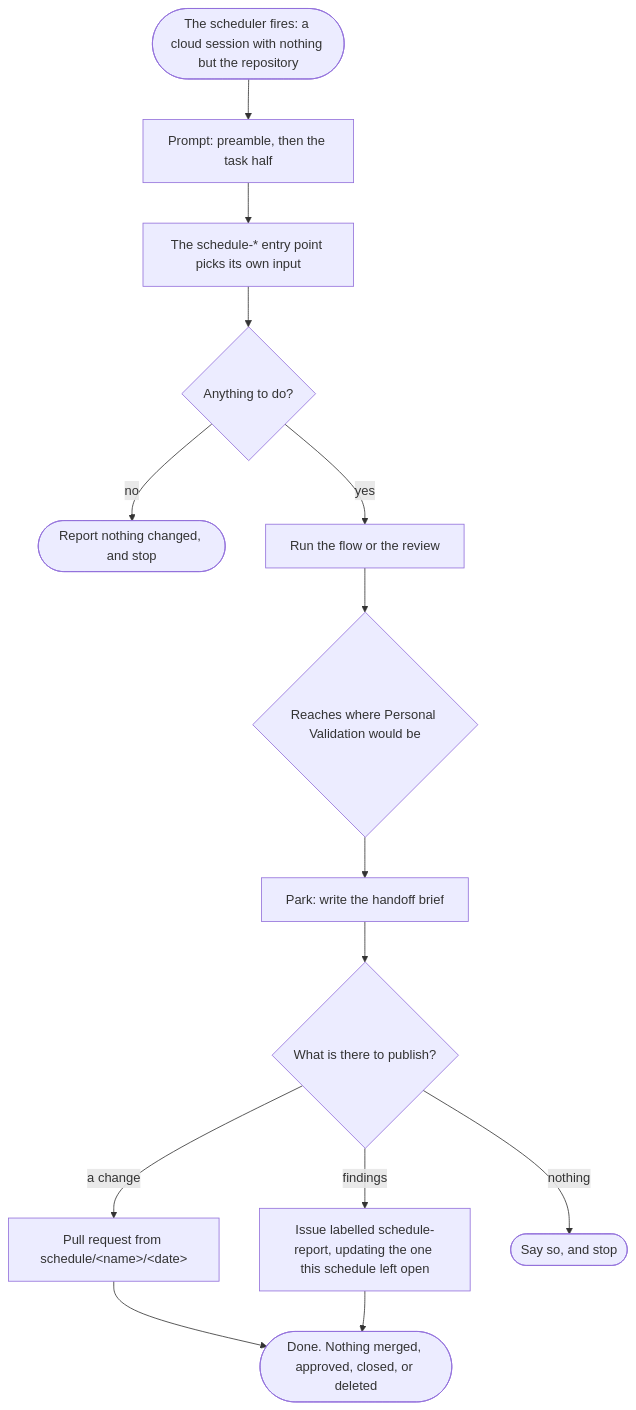
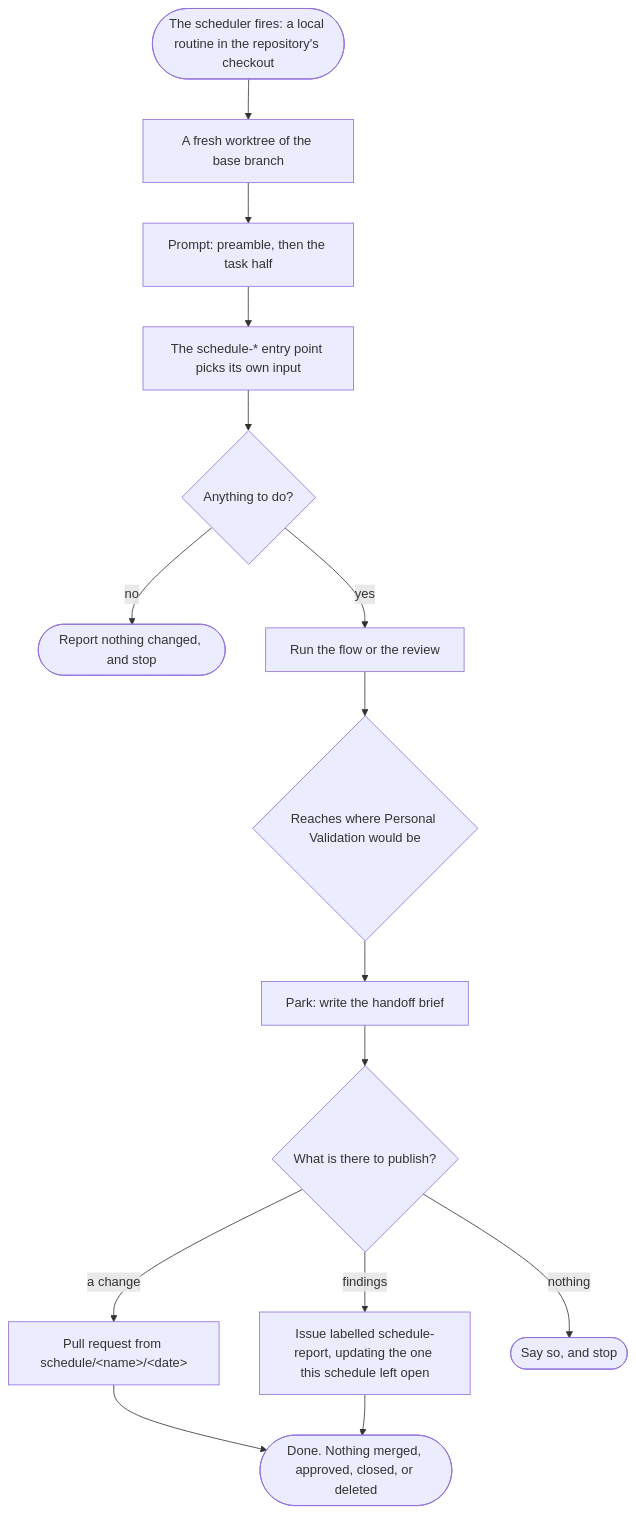
The third of 3 diagrams in .devbook/arc42/building-blocks/delivery-schedule.md (JSdotNet/ai-agent-stack), drawn with Mermaid before and after one commit. The commit also changed other lines of this file and 26 other files, not shown here.

First line of the commit message:
delivery-schedule: every schedule is a local routine, never a cloud session

````diff
--- a/.devbook/arc42/building-blocks/delivery-schedule.md
+++ b/.devbook/arc42/building-blocks/delivery-schedule.md
@@ -586,16 +593,17 @@
 ```mermaid
 flowchart TD
-    fire(["The scheduler fires: a cloud session with nothing but the repository"]) --> preamble["Prompt: preamble, then the task half"]
+    fire(["The scheduler fires: a local routine in the repository's checkout"]) --> worktree["A fresh worktree of the base branch"]
+    worktree --> preamble["Prompt: preamble, then the task half"]
     preamble --> entry["The schedule-* entry point picks its own input"]
     entry --> none{"Anything to do?"}
     none -->|no| quiet(["Report nothing changed, and stop"])
     none -->|yes| work["Run the flow or the review"]
     work --> gate{"Reaches where Personal Validation would be"}
     gate --> park["Park: write the handoff brief"]
     park --> land{"What is there to publish?"}
     land -->|a change| pr["Pull request from schedule/&lt;name&gt;/&lt;date&gt;"]
     land -->|findings| issue["Issue labelled schedule-report, updating the one this schedule left open"]
     land -->|nothing| silent(["Say so, and stop"])
     pr --> done(["Done. Nothing merged, approved, closed, or deleted"])
     issue --> done
 ```
````
